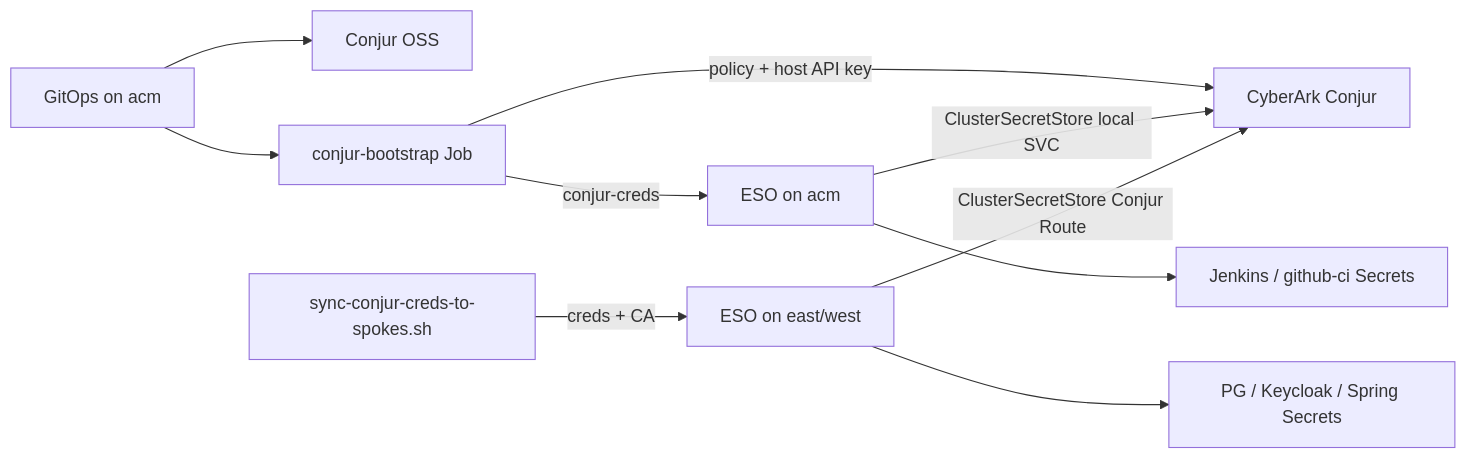
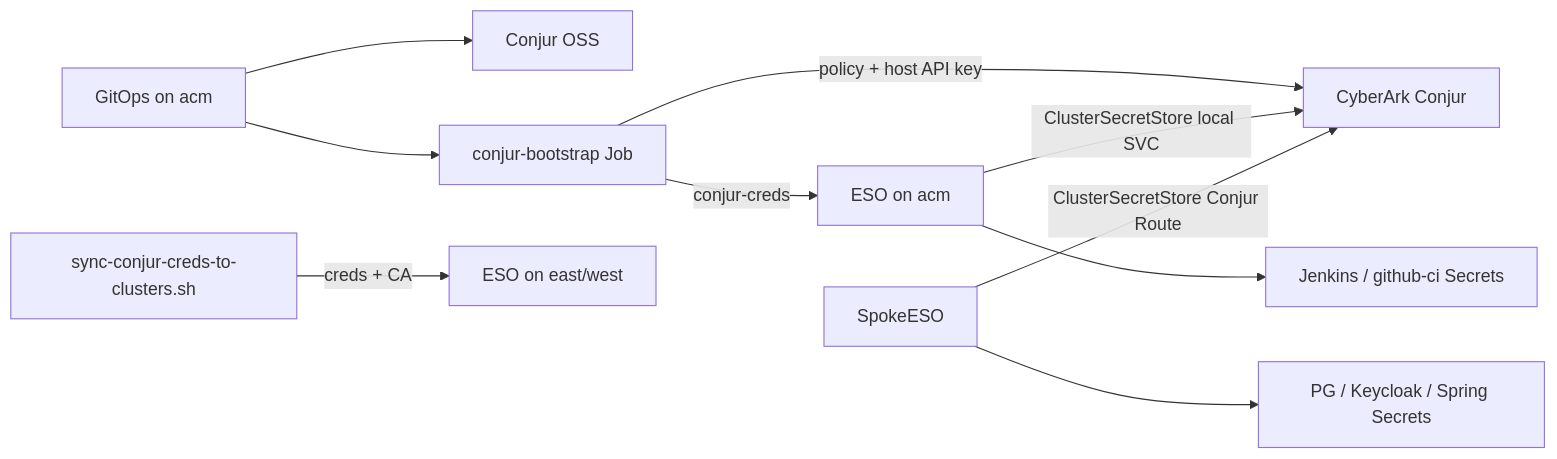
One commit to panchoraposo/demo-spring changed the diagram in docs/secrets-management.md. Above: the diagram before and after it, drawn with Mermaid. The commit also changed other lines of this file and 17 other files, not shown here.

````diff
--- a/docs/secrets-management.md
+++ b/docs/secrets-management.md
@@ -7,12 +7,12 @@
 ```mermaid
 flowchart LR
   ArgoHub[GitOps on acm] --> ConjurHelm[Conjur OSS]
   ArgoHub --> Boot[conjur-bootstrap Job]
   Boot -->|policy + host API key| Conjur[CyberArk Conjur]
   Boot -->|conjur-creds| HubESO[ESO on acm]
-  Sync[sync-conjur-creds-to-spokes.sh] -->|creds + CA| SpokeESO[ESO on east/west]
+  Sync[sync-conjur-creds-to-clusters.sh] -->|creds + CA| ClusterESO[ESO on east/west]
   HubESO -->|ClusterSecretStore local SVC| Conjur
   SpokeESO -->|ClusterSecretStore Conjur Route| Conjur
   SpokeESO --> AppSecrets[PG / Keycloak / Spring Secrets]
   HubESO --> CiSecrets[Jenkins / github-ci Secrets]
 ```
````
